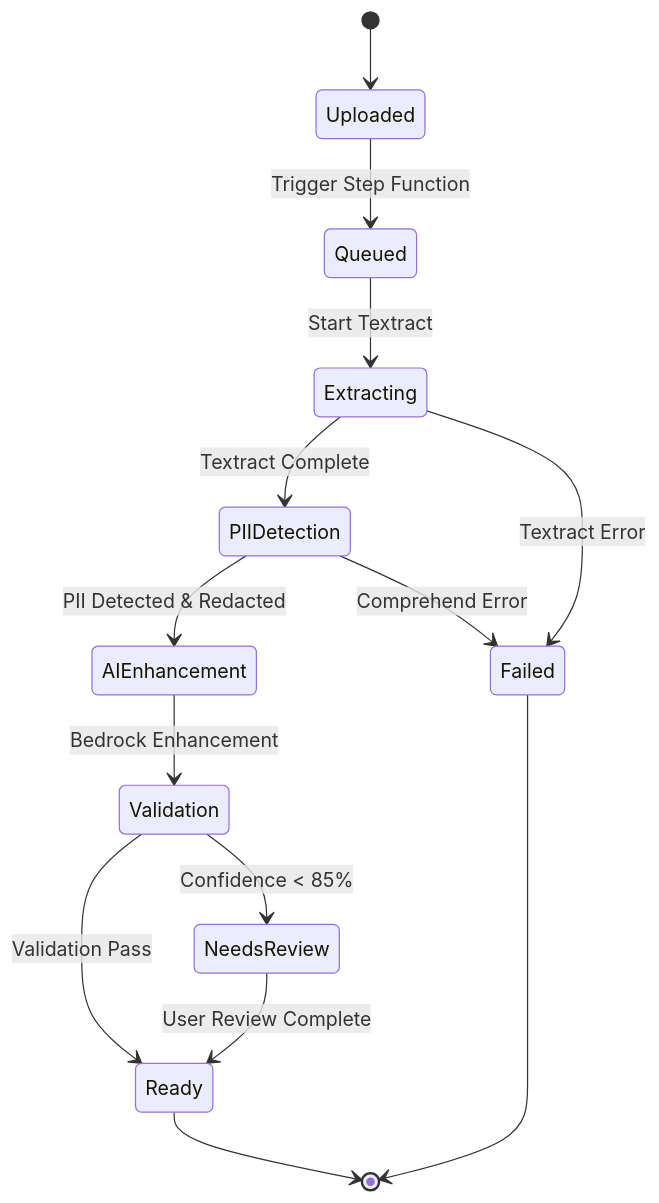
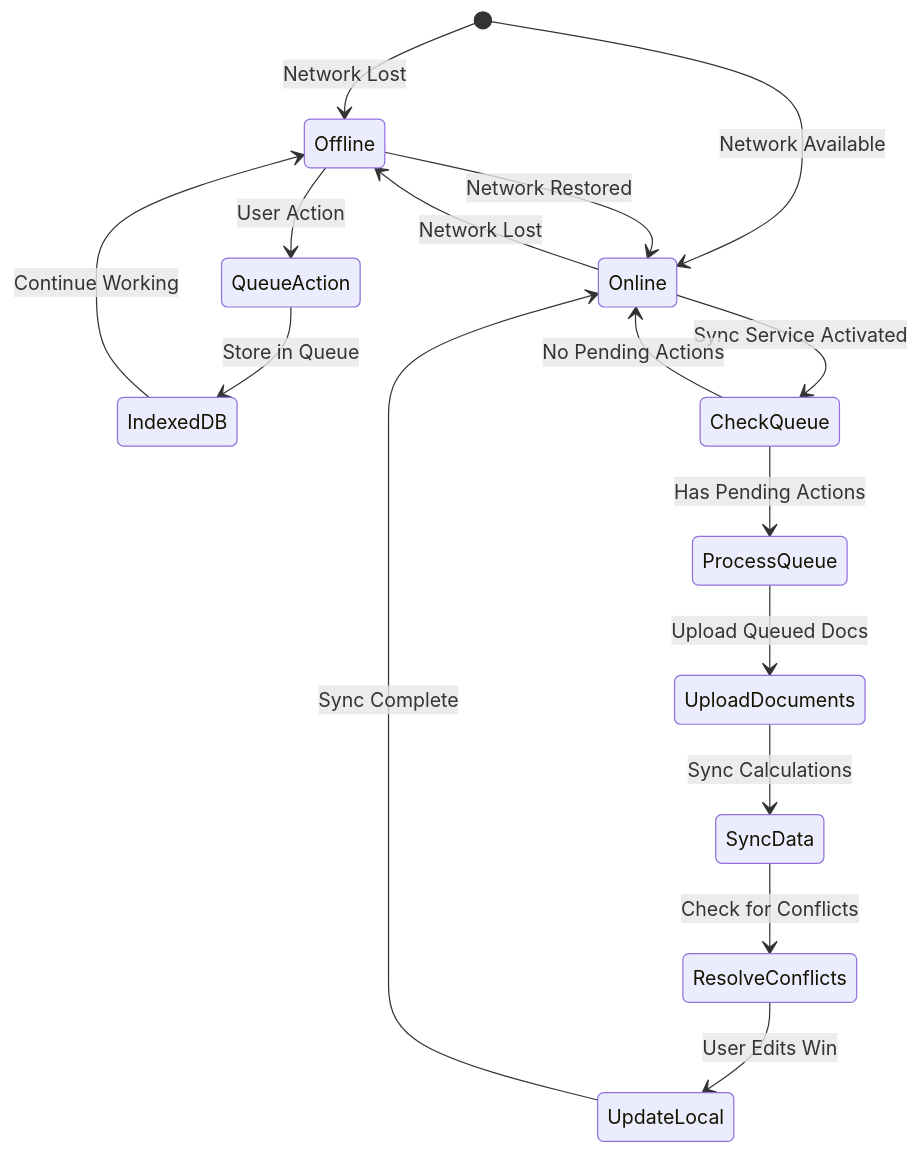
Before and after one commit to hxshxnsivx-hub/Bharath-tax-mitra: the third of 11 diagrams in .kiro/specs/bharat-tax-mitra/design.md, drawn with Mermaid. The commit also changed other lines of this file and 210 other files, not shown here.

````diff
--- a/.kiro/specs/bharat-tax-mitra/design.md
+++ b/.kiro/specs/bharat-tax-mitra/design.md
@@ -149,17 +157,23 @@
 ```mermaid
 stateDiagram-v2
-    [*] --> Uploaded
-    Uploaded --> Queued: Trigger Step Function
-    Queued --> Extracting: Start Textract
-    Extracting --> PIIDetection: Textract Complete
-    PIIDetection --> AIEnhancement: PII Detected & Redacted
-    AIEnhancement --> Validation: Bedrock Enhancement
-    Validation --> Ready: Validation Pass
-    Validation --> NeedsReview: Confidence < 85%
-    NeedsReview --> Ready: User Review Complete
-    Ready --> [*]
+    [*] --> Offline: Network Lost
+    [*] --> Online: Network Available
     
-    Extracting --> Failed: Textract Error
-    PIIDetection --> Failed: Comprehend Error
-    Failed --> [*]
+    Offline --> QueueAction: User Action
+    QueueAction --> IndexedDB: Store in Queue
+    IndexedDB --> Offline: Continue Working
+    
+    Offline --> Online: Network Restored
+    
+    Online --> CheckQueue: Sync Service Activated
+    CheckQueue --> ProcessQueue: Has Pending Actions
+    ProcessQueue --> UploadDocuments: Upload Queued Docs
+    UploadDocuments --> SyncData: Sync Calculations
+    SyncData --> ResolveConflicts: Check for Conflicts
+    ResolveConflicts --> UpdateLocal: User Edits Win
+    UpdateLocal --> Online: Sync Complete
+    
+    CheckQueue --> Online: No Pending Actions
+    
+    Online --> Offline: Network Lost
 ```
````
